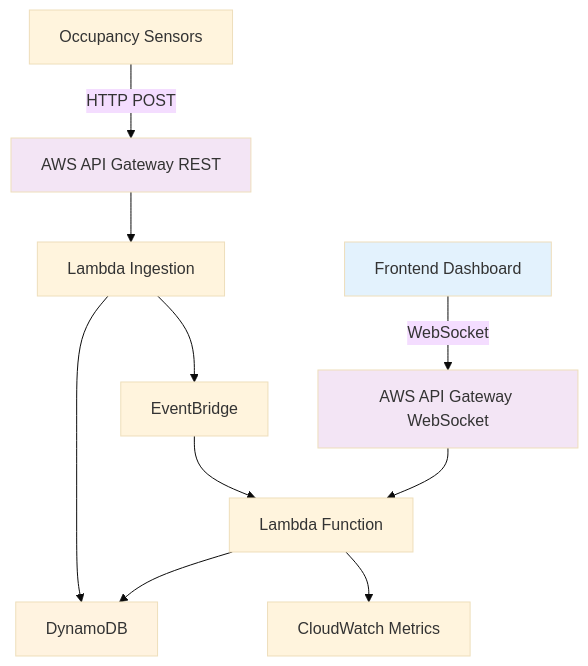
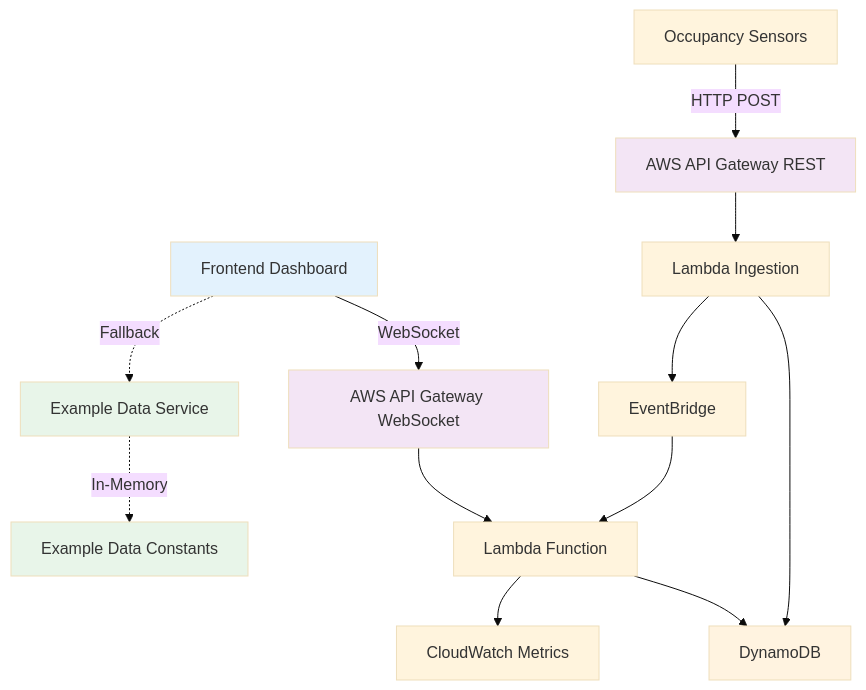
The first of 4 diagrams in .kiro/specs/room-occupancy-dashboard/design.md (ty-bennett/goblin-counter), drawn with Mermaid (base theme) before and after one commit. The commit also changed other lines of this file and 31 other files, not shown here.

````diff
--- a/.kiro/specs/room-occupancy-dashboard/design.md
+++ b/.kiro/specs/room-occupancy-dashboard/design.md
@@ -11,18 +11,23 @@
 ```mermaid
 graph TD
     A[Frontend Dashboard] -->|WebSocket| B[AWS API Gateway WebSocket]
+    A -.->|Fallback| J[Example Data Service]
     B --> C[Lambda Function]
     C --> D[DynamoDB]
     C --> E[CloudWatch Metrics]
     
     F[Occupancy Sensors] -->|HTTP POST| G[AWS API Gateway REST]
     G --> H[Lambda Ingestion]
     H --> D
     H --> I[EventBridge]
     I --> C
     
+    J -.->|In-Memory| K[Example Data Constants]
+    
     style A fill:#e3f2fd
     style D fill:#fff3e0
     style B fill:#f3e5f5
     style G fill:#f3e5f5
+    style J fill:#e8f5e9
+    style K fill:#e8f5e9
 ```
````
